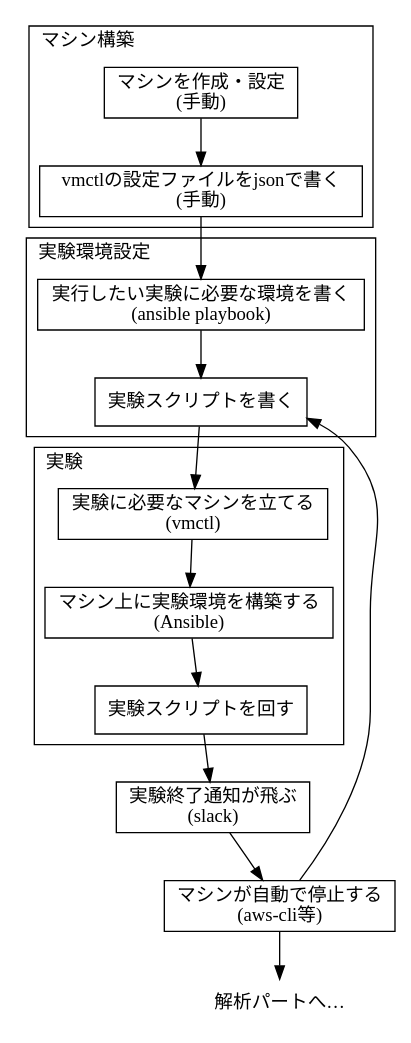
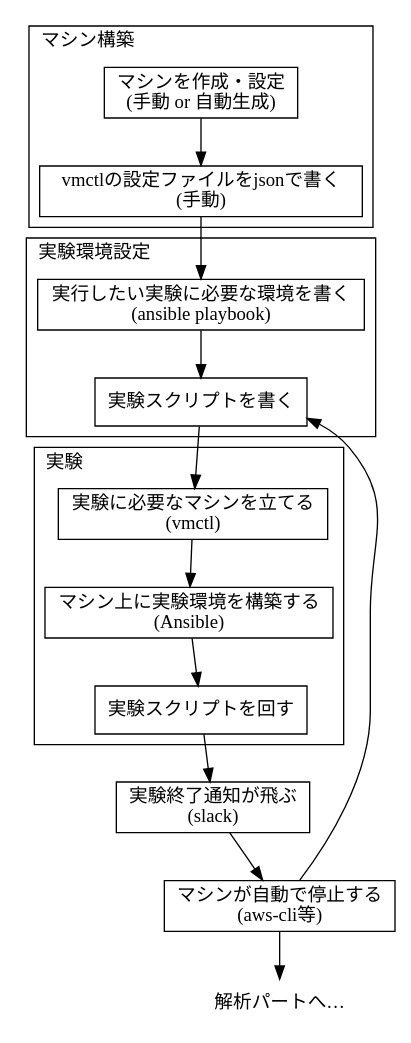
One commit to yabaitechtokyo/yabaitech_tokyo_vol_4 changed the diagram in MasWag/figs/flowchart.dot. Above: the diagram before and after it, drawn with Graphviz.

Commit message:
updated the flowchart

```diff
--- a/MasWag/figs/flowchart.dot
+++ b/MasWag/figs/flowchart.dot
@@ -1,43 +1,43 @@
 digraph flowchart {
         subgraph cluster_machine_setup {
                 label = "マシン構築";
                 labelloc = "t";
                 labeljust = "l";
                 shape = box;
-                create [label="マシンを作成・設定\n(手動)",shape=box];
+                create [label="マシンを作成・設定\n(手動 or 自動生成)",shape=box];
                 configure_vmctl [label="vmctlの設定ファイルをjsonで書く\n(手動)",shape=box];
         }
         subgraph cluster_experiment_setup {
                 label = "実験環境設定";
                 labelloc = "t";
                 labeljust = "l";
                 width = 3000;
                 configure_ansible [label="実行したい実験に必要な環境を書く\n(ansible playbook)", shape=box];
                 write_experiment_script [label="実験スクリプトを書く", shape=box];
         }
         subgraph cluster_experiment_run {
                 label = "実験";
                 labelloc = "t";
                 labeljust = "l";
                 shape = box;
                 launch_instance [label="実験に必要なマシンを立てる\n(vmctl)", shape=box];
                 run_ansible [label="マシン上に実験環境を構築する\n(Ansible)", shape=box];
                 execute_experiments [label="実験スクリプトを回す", shape=box];
         }
         subgraph after_experiment {
                 notify_end_experiments [label="実験終了通知が飛ぶ\n(slack)", shape=box];
                 stop_instance [label="マシンが自動で停止する\n(aws-cli等)", shape=box];
         }
         analysis [label="解析パートへ…", shape=none];
 
         create -> configure_vmctl;
         configure_vmctl -> configure_ansible;
         configure_ansible -> write_experiment_script;
         write_experiment_script -> launch_instance;
         launch_instance -> run_ansible;
         run_ansible -> execute_experiments;
         execute_experiments -> notify_end_experiments;
         notify_end_experiments -> stop_instance;
         stop_instance -> analysis;
         stop_instance -> write_experiment_script;
 }
```
